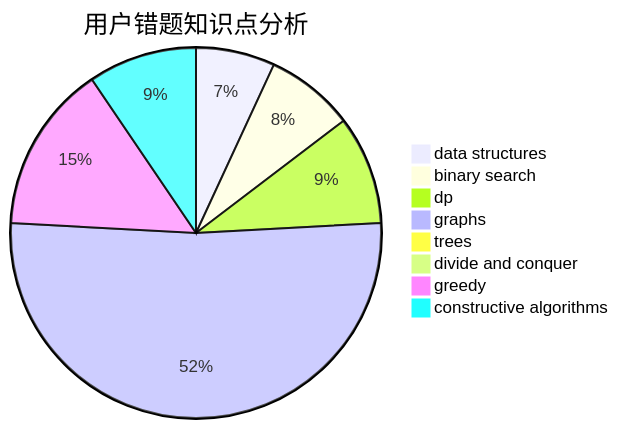
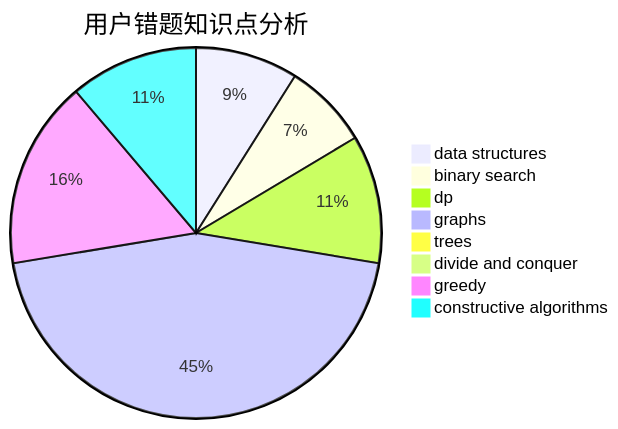
The third of 3 diagrams in docs/user/u1513.md (sherpahu/cfrs.github.io), drawn with Mermaid before and after one commit. The commit also changed other lines of this file and 2770 other files, not shown here.

````diff
--- a/docs/user/u1513.md
+++ b/docs/user/u1513.md
@@ -36,11 +36,11 @@
 ```mermaid
 pie title 用户错题知识点分析
-    "data structures" :  8
-    "binary search" :  9
-    "dp" :  11
+    "data structures" :  12
+    "binary search" :  10
+    "dp" :  15
     "graphs" :  60
     "trees" :  0
     "divide and conquer" :  0
-    "greedy" :  17
-    "constructive algorithms" :  11
+    "greedy" :  22
+    "constructive algorithms" :  15
 ```
````
